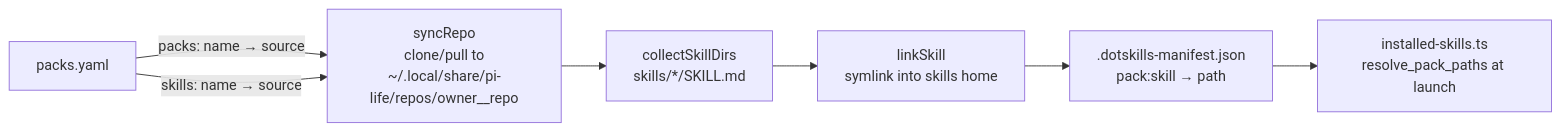
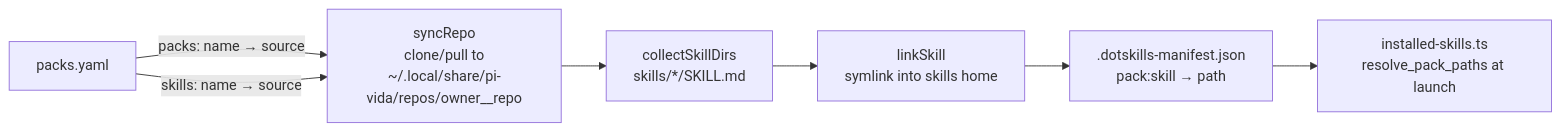
The fourth of 4 diagrams in ARCHITECTURE.md (igmarin/my-pi-agent), drawn with Mermaid before and after one commit. The commit also changed other lines of this file and 37 other files, not shown here.

First line of the commit message:
Rename repo, binary, and glossary to pi-vida (#75)

````diff
--- a/ARCHITECTURE.md
+++ b/ARCHITECTURE.md
@@ -120,9 +120,9 @@
 ```mermaid
 flowchart LR
-    PY[packs.yaml] -->|packs: name → source| SYNC[syncRepo<br/>clone/pull to<br/>~/.local/share/pi-life/repos/owner__repo]
+    PY[packs.yaml] -->|packs: name → source| SYNC[syncRepo<br/>clone/pull to<br/>~/.local/share/pi-vida/repos/owner__repo]
     PY -->|skills: name → source| SYNC
     SYNC --> SCAN[collectSkillDirs<br/>skills/*/SKILL.md]
     SCAN --> LINK[linkSkill<br/>symlink into skills home]
     LINK --> MAN[.dotskills-manifest.json<br/>pack:skill → path]
     MAN --> RES[installed-skills.ts<br/>resolve_pack_paths at launch]
 ```
````
